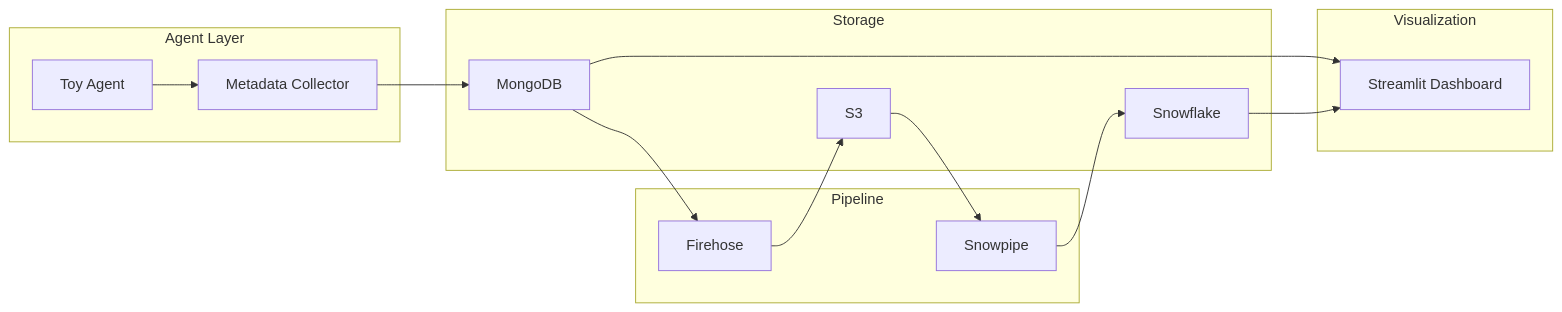
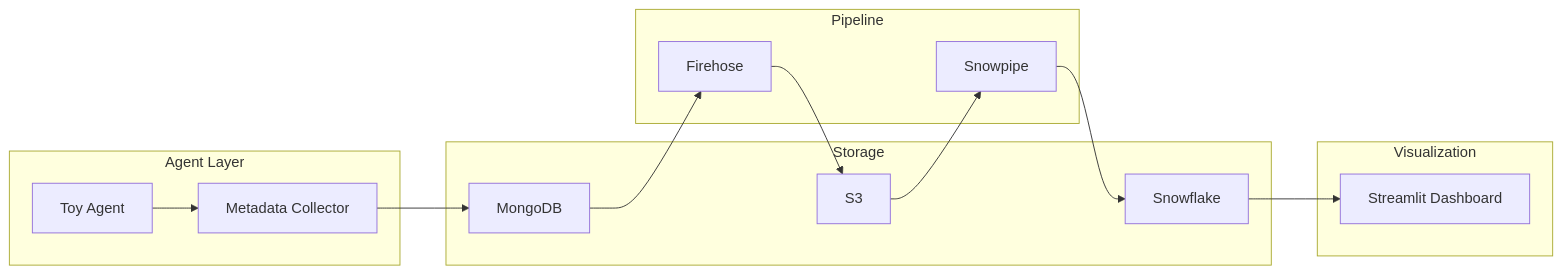
The first of 2 diagrams in tavily_data_pipline/README.md (talya2202talya2202/data_pipline), drawn with Mermaid before and after one commit. The commit also changed other lines of this file and 6 other files, not shown here.

````diff
--- a/tavily_data_pipline/README.md
+++ b/tavily_data_pipline/README.md
@@ -13,31 +9,30 @@
 ```mermaid
 flowchart LR
     subgraph agent [Agent Layer]
         A[Toy Agent]
         B[Metadata Collector]
     end
     
     subgraph storage [Storage]
         C[MongoDB]
         D[S3]
         E[Snowflake]
     end
     
     subgraph pipeline [Pipeline]
         F[Firehose]
         G[Snowpipe]
     end
     
     subgraph viz [Visualization]
         H[Streamlit Dashboard]
     end
     
     A --> B
     B --> C
     C --> F
     F --> D
     D --> G
     G --> E
-    C --> H
     E --> H
 ```
````
